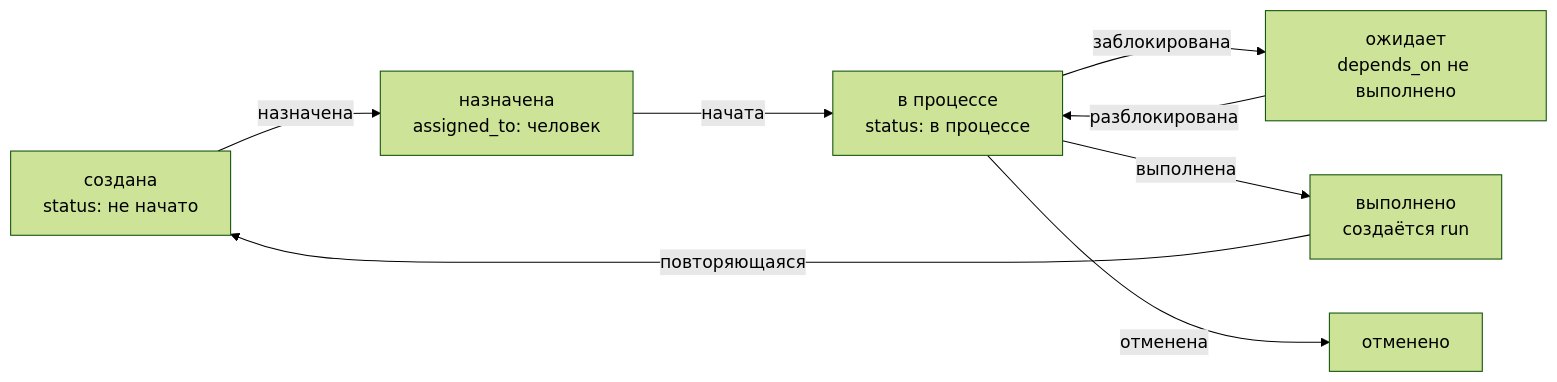
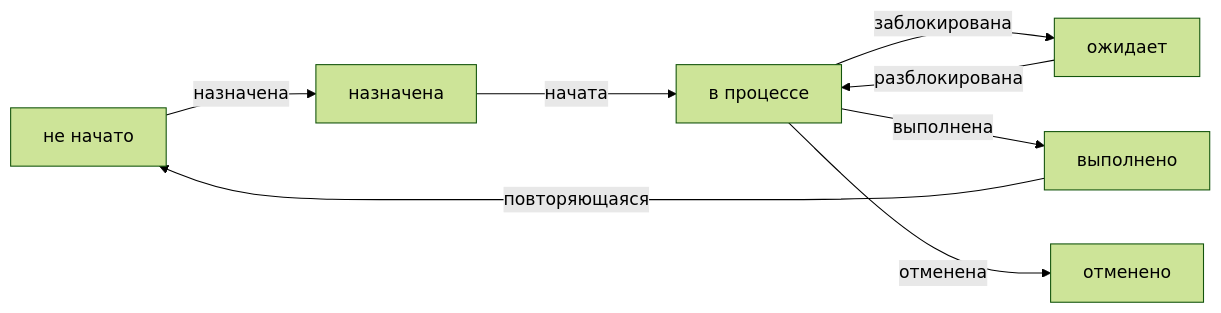
Before and after one commit to kscht/domovoy: the seventh of 7 diagrams in docs/database.md, drawn with Mermaid (forest theme). The commit also changed other lines of this file, not shown here.

````diff
--- a/docs/database.md
+++ b/docs/database.md
@@ -174,10 +208,10 @@
 ```mermaid
 graph LR
-    A[создана\nstatus: не начато] -->|назначена| B[назначена\nassigned_to: человек]
-    B -->|начата| C[в процессе\nstatus: в процессе]
-    C -->|заблокирована| D[ожидает\ndepends_on не выполнено]
+    A[не начато] -->|назначена| B[назначена]
+    B -->|начата| C[в процессе]
+    C -->|заблокирована| D[ожидает]
     D -->|разблокирована| C
-    C -->|выполнена| E[выполнено\nсоздаётся run]
+    C -->|выполнена| E[выполнено]
     C -->|отменена| F[отменено]
     E -->|повторяющаяся| A
 ```
````
